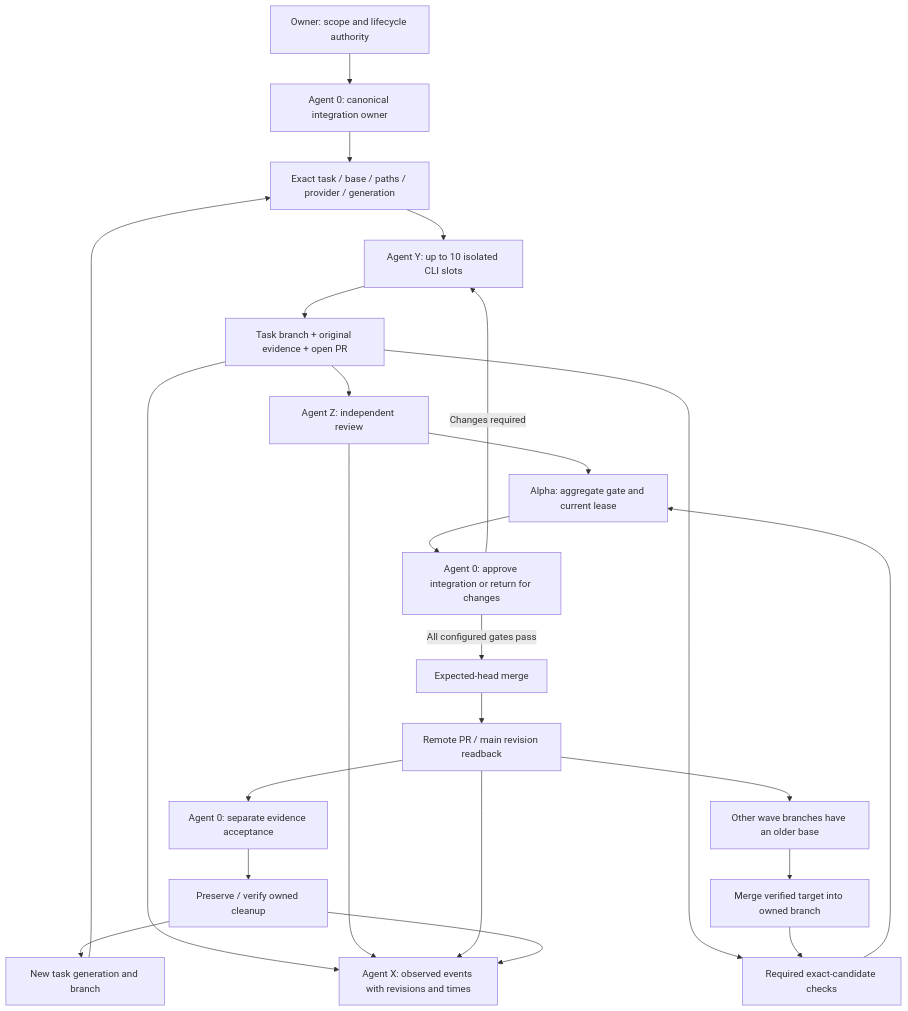
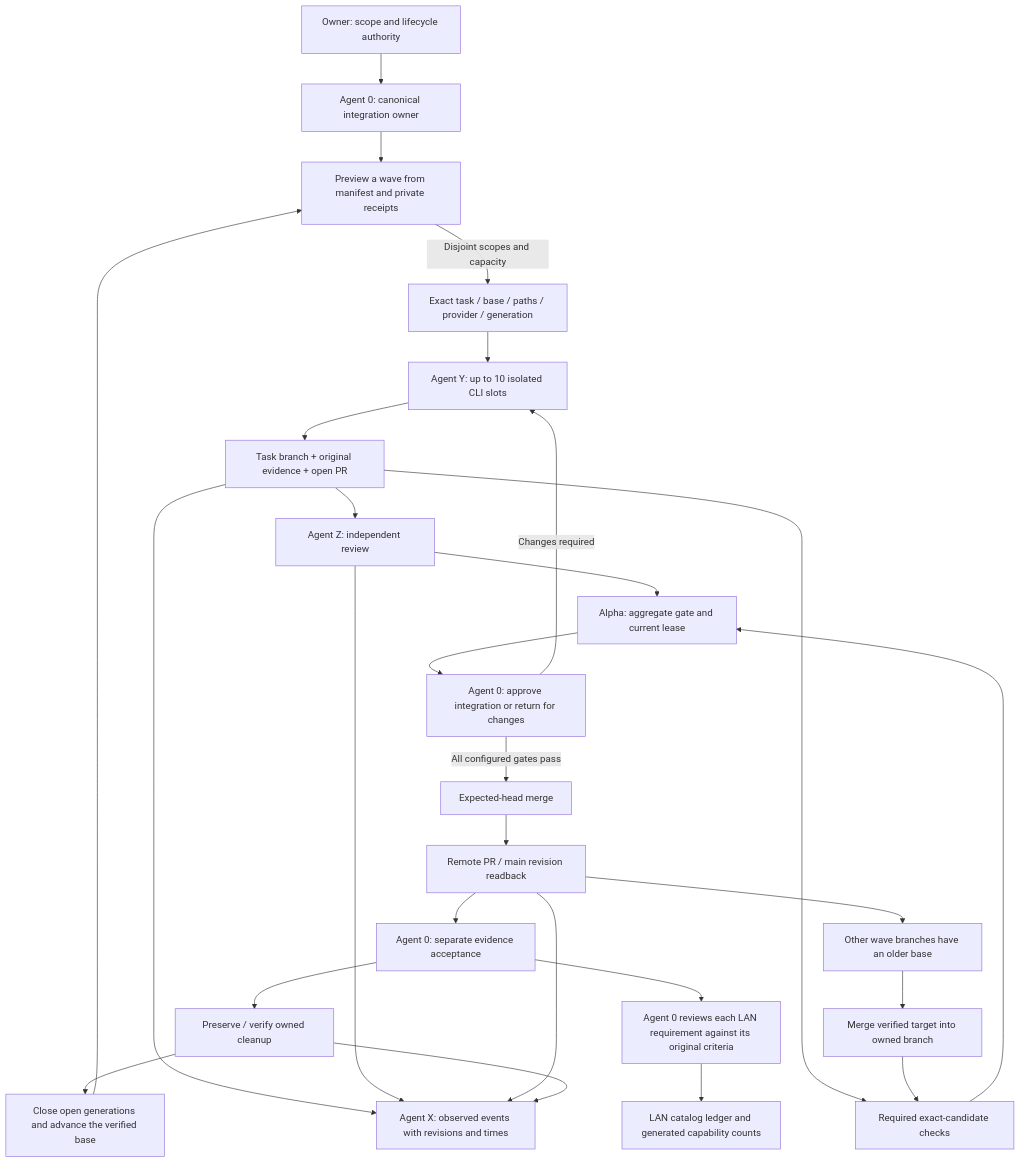
Before and after one commit to WayneTechLab/WebAppX: the diagram in docs/SYSTEMX-SWARM-MAP.md, drawn with Mermaid. The commit also changed other lines of this file and 5 other files, not shown here.

Commit message:
Document supervised swarm waves and F007 catalog acceptance plan

````diff
--- a/docs/SYSTEMX-SWARM-MAP.md
+++ b/docs/SYSTEMX-SWARM-MAP.md
@@ -11,26 +11,29 @@
 ```mermaid
 flowchart TD
     Owner[Owner: scope and lifecycle authority] --> A0[Agent 0: canonical integration owner]
-    A0 --> Packet[Exact task / base / paths / provider / generation]
+    A0 --> Wave[Preview a wave from manifest and private receipts]
+    Wave -->|Disjoint scopes and capacity| Packet[Exact task / base / paths / provider / generation]
     Packet --> Y[Agent Y: up to 10 isolated CLI slots]
     Y --> Result[Task branch + original evidence + open PR]
     Result --> Z[Agent Z: independent review]
     Result --> Checks[Required exact-candidate checks]
     Z --> Alpha[Alpha: aggregate gate and current lease]
     Checks --> Alpha
     Alpha --> Decision[Agent 0: approve integration or return for changes]
     Decision -->|Changes required| Y
     Decision -->|All configured gates pass| Merge[Expected-head merge]
     Merge --> Verify[Remote PR / main revision readback]
     Verify --> Acceptance[Agent 0: separate evidence acceptance]
     Acceptance --> Cleanup[Preserve / verify owned cleanup]
     Verify --> Other[Other wave branches have an older base]
     Other --> Integrate[Merge verified target into owned branch]
     Integrate --> Checks
-    Cleanup --> Next[New task generation and branch]
-    Next --> Packet
+    Cleanup --> Barrier[Close open generations and advance the verified base]
+    Barrier --> Wave
+    Acceptance --> Evidence[Agent 0 reviews each LAN requirement against its original criteria]
+    Evidence --> Catalog[LAN catalog ledger and generated capability counts]
     Result --> X[Agent X: observed events with revisions and times]
     Z --> X
     Verify --> X
     Cleanup --> X
 ```
````
